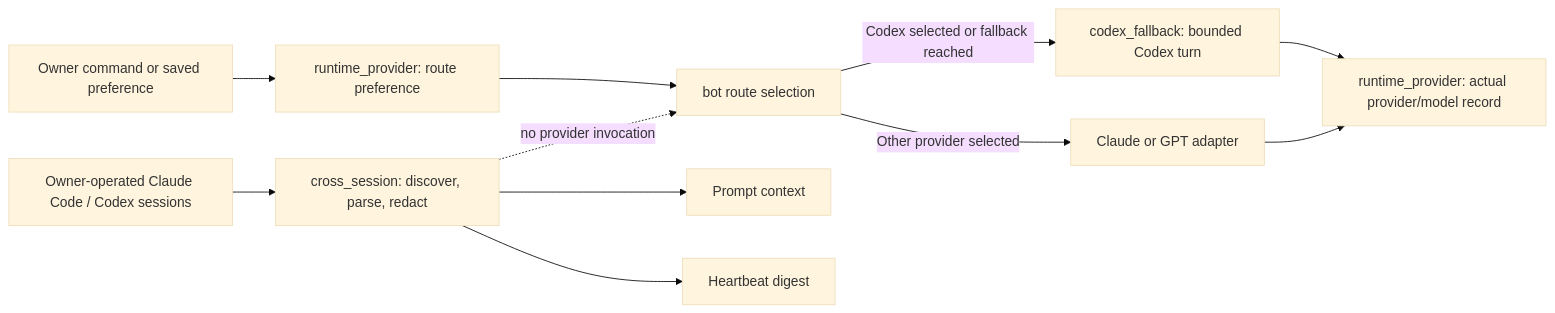
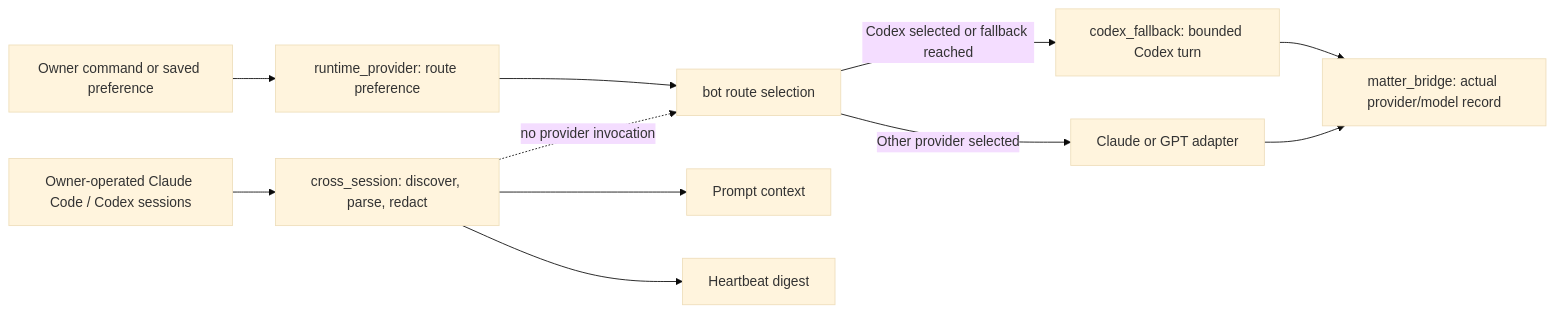
The diagram in DECISIONS.md (phronesis-io/pascal-jarvis), drawn with Mermaid (base theme) before and after one commit. The commit also changed other lines of this file and 21 other files, not shown here.

````diff
--- a/DECISIONS.md
+++ b/DECISIONS.md
@@ -30,14 +32,14 @@
 ```mermaid
 flowchart LR
     User["Owner command or saved preference"] --> Choice["runtime_provider: route preference"]
     Choice --> Router["bot route selection"]
     Router -->|Codex selected or fallback reached| Codex["codex_fallback: bounded Codex turn"]
     Router -->|Other provider selected| Other["Claude or GPT adapter"]
-    Codex --> Actual["runtime_provider: actual provider/model record"]
+    Codex --> Actual["matter_bridge: actual provider/model record"]
     Other --> Actual
 
     Interactive["Owner-operated Claude Code / Codex sessions"] --> Continuity["cross_session: discover, parse, redact"]
     Continuity --> Prompt["Prompt context"]
     Continuity --> Digest["Heartbeat digest"]
     Continuity -. no provider invocation .-> Router
 ```
````
